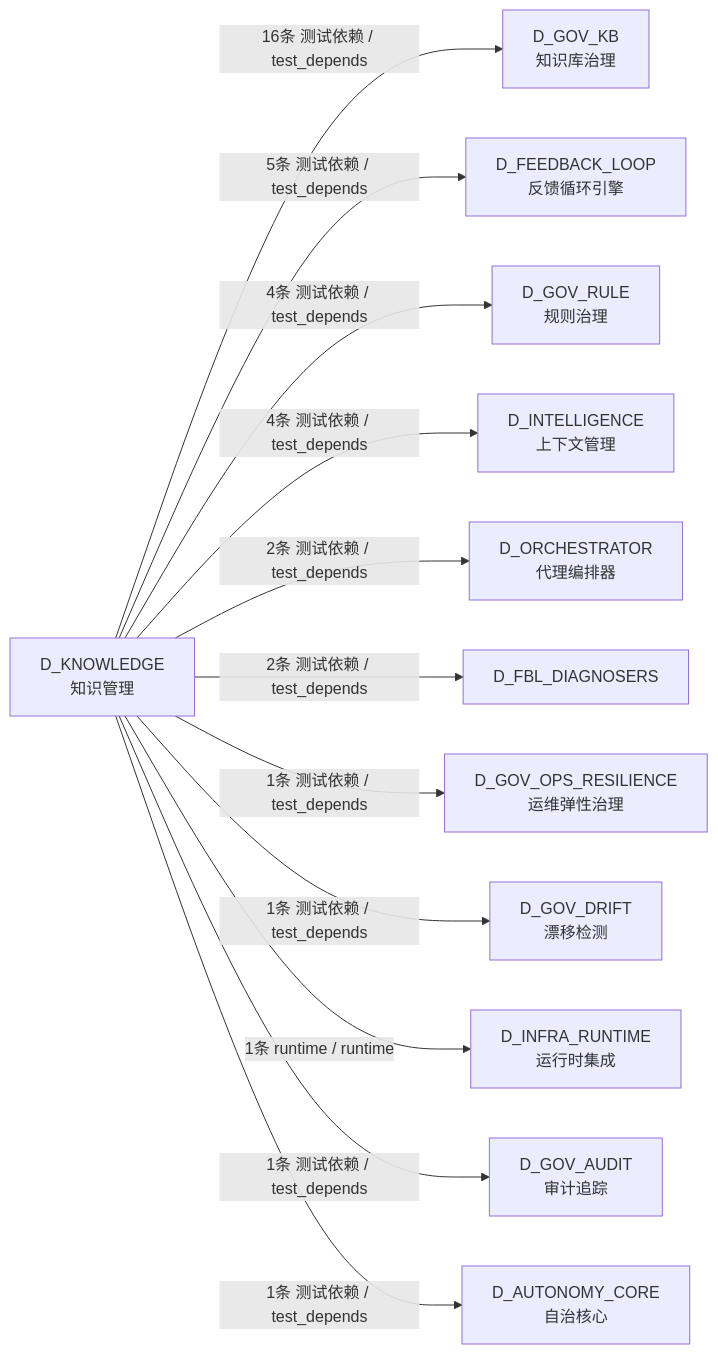
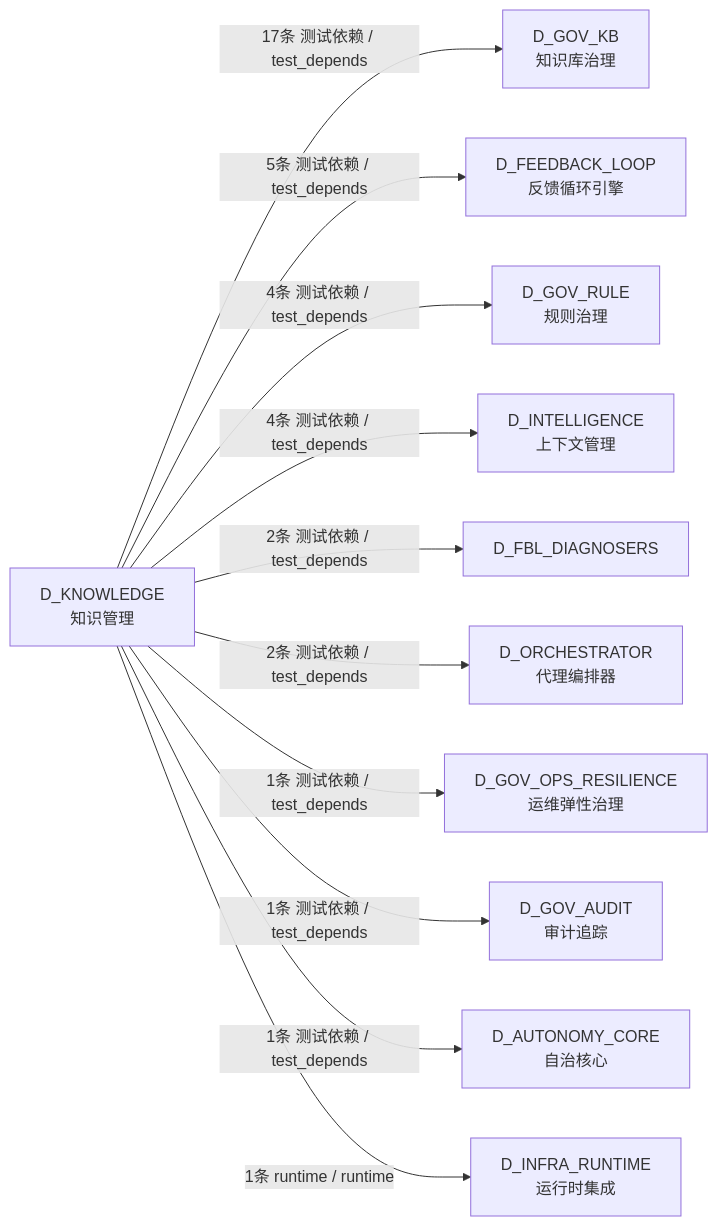
The fifth of 5 diagrams in docs/02_enterprise_architecture/02_domain_architecture_docs/48_d_knowledge.md (xuanFelixVan/ZephyrAlpha), drawn with Mermaid before and after one commit. The commit also changed other lines of this file and 126 other files, not shown here.

````diff
--- a/docs/02_enterprise_architecture/02_domain_architecture_docs/48_d_knowledge.md
+++ b/docs/02_enterprise_architecture/02_domain_architecture_docs/48_d_knowledge.md
@@ -357,26 +356,24 @@
 ```mermaid
 graph LR
     D_KNOWLEDGE["D_KNOWLEDGE<br/>知识管理"]
     D_GOV_KB["D_GOV_KB<br/>知识库治理"]
     D_FEEDBACK_LOOP["D_FEEDBACK_LOOP<br/>反馈循环引擎"]
     D_GOV_RULE["D_GOV_RULE<br/>规则治理"]
     D_INTELLIGENCE["D_INTELLIGENCE<br/>上下文管理"]
+    D_FBL_DIAGNOSERS["D_FBL_DIAGNOSERS"]
     D_ORCHESTRATOR["D_ORCHESTRATOR<br/>代理编排器"]
-    D_FBL_DIAGNOSERS["D_FBL_DIAGNOSERS"]
     D_GOV_OPS_RESILIENCE["D_GOV_OPS_RESILIENCE<br/>运维弹性治理"]
-    D_GOV_DRIFT["D_GOV_DRIFT<br/>漂移检测"]
-    D_INFRA_RUNTIME["D_INFRA_RUNTIME<br/>运行时集成"]
     D_GOV_AUDIT["D_GOV_AUDIT<br/>审计追踪"]
     D_AUTONOMY_CORE["D_AUTONOMY_CORE<br/>自治核心"]
-    D_KNOWLEDGE -->|16条 测试依赖 / test_depends| D_GOV_KB
+    D_INFRA_RUNTIME["D_INFRA_RUNTIME<br/>运行时集成"]
+    D_KNOWLEDGE -->|17条 测试依赖 / test_depends| D_GOV_KB
     D_KNOWLEDGE -->|5条 测试依赖 / test_depends| D_FEEDBACK_LOOP
     D_KNOWLEDGE -->|4条 测试依赖 / test_depends| D_GOV_RULE
     D_KNOWLEDGE -->|4条 测试依赖 / test_depends| D_INTELLIGENCE
+    D_KNOWLEDGE -->|2条 测试依赖 / test_depends| D_FBL_DIAGNOSERS
     D_KNOWLEDGE -->|2条 测试依赖 / test_depends| D_ORCHESTRATOR
-    D_KNOWLEDGE -->|2条 测试依赖 / test_depends| D_FBL_DIAGNOSERS
     D_KNOWLEDGE -->|1条 测试依赖 / test_depends| D_GOV_OPS_RESILIENCE
-    D_KNOWLEDGE -->|1条 测试依赖 / test_depends| D_GOV_DRIFT
-    D_KNOWLEDGE -->|1条 runtime / runtime| D_INFRA_RUNTIME
     D_KNOWLEDGE -->|1条 测试依赖 / test_depends| D_GOV_AUDIT
     D_KNOWLEDGE -->|1条 测试依赖 / test_depends| D_AUTONOMY_CORE
+    D_KNOWLEDGE -->|1条 runtime / runtime| D_INFRA_RUNTIME
 ```
````
